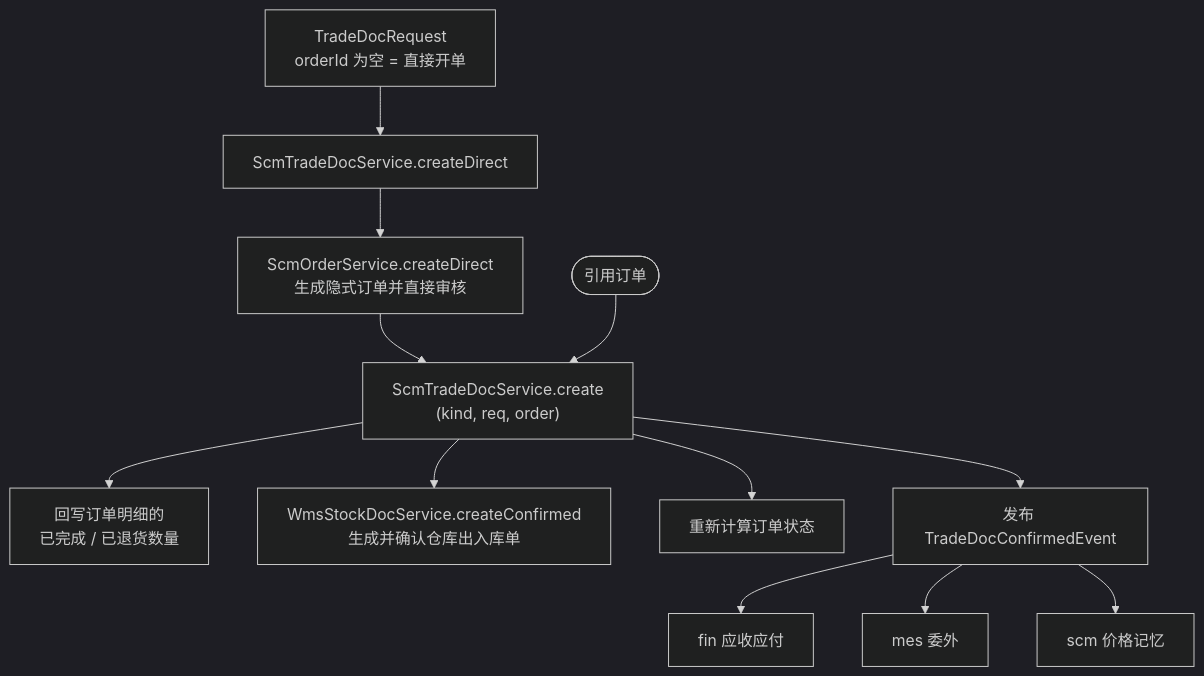
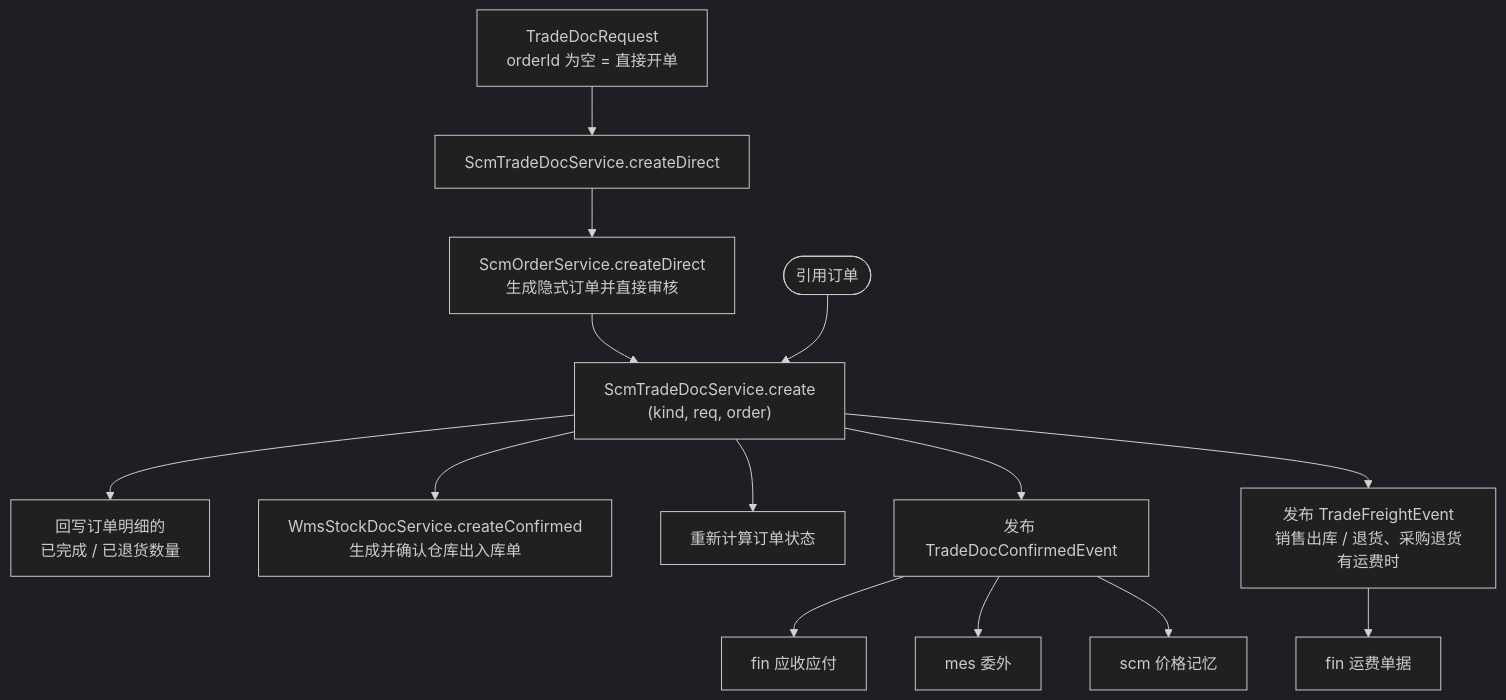
The sixth of 7 diagrams in docs/dev/architecture/integration.md (MakeSomeFakeNews/lemon-erp-website), drawn with Mermaid (dark theme) before and after one commit. The commit also changed other lines of this file and 19 other files, not shown here.

````diff
--- a/docs/dev/architecture/integration.md
+++ b/docs/dev/architecture/integration.md
@@ -193,14 +195,15 @@
 ```mermaid
 flowchart TD
   REQ["TradeDocRequest<br/>orderId 为空 = 直接开单"] --> CD[ScmTradeDocService.createDirect]
   CD --> OD["ScmOrderService.createDirect<br/>生成隐式订单并直接审核"]
   OD --> C["ScmTradeDocService.create<br/>(kind, req, order)"]
   REF([引用订单]) --> C
   C --> A1["回写订单明细的<br/>已完成 / 已退货数量"]
   C --> A2["WmsStockDocService.createConfirmed<br/>生成并确认仓库出入库单"]
   C --> A3[重新计算订单状态]
   C --> EV[发布 TradeDocConfirmedEvent]
   EV --> F1[fin 应收应付]
   EV --> F2[mes 委外]
   EV --> F3[scm 价格记忆]
+  C --> FE["发布 TradeFreightEvent<br/>销售出库 / 退货、采购退货有运费时"] --> F4[fin 运费单据]
 ```
````
